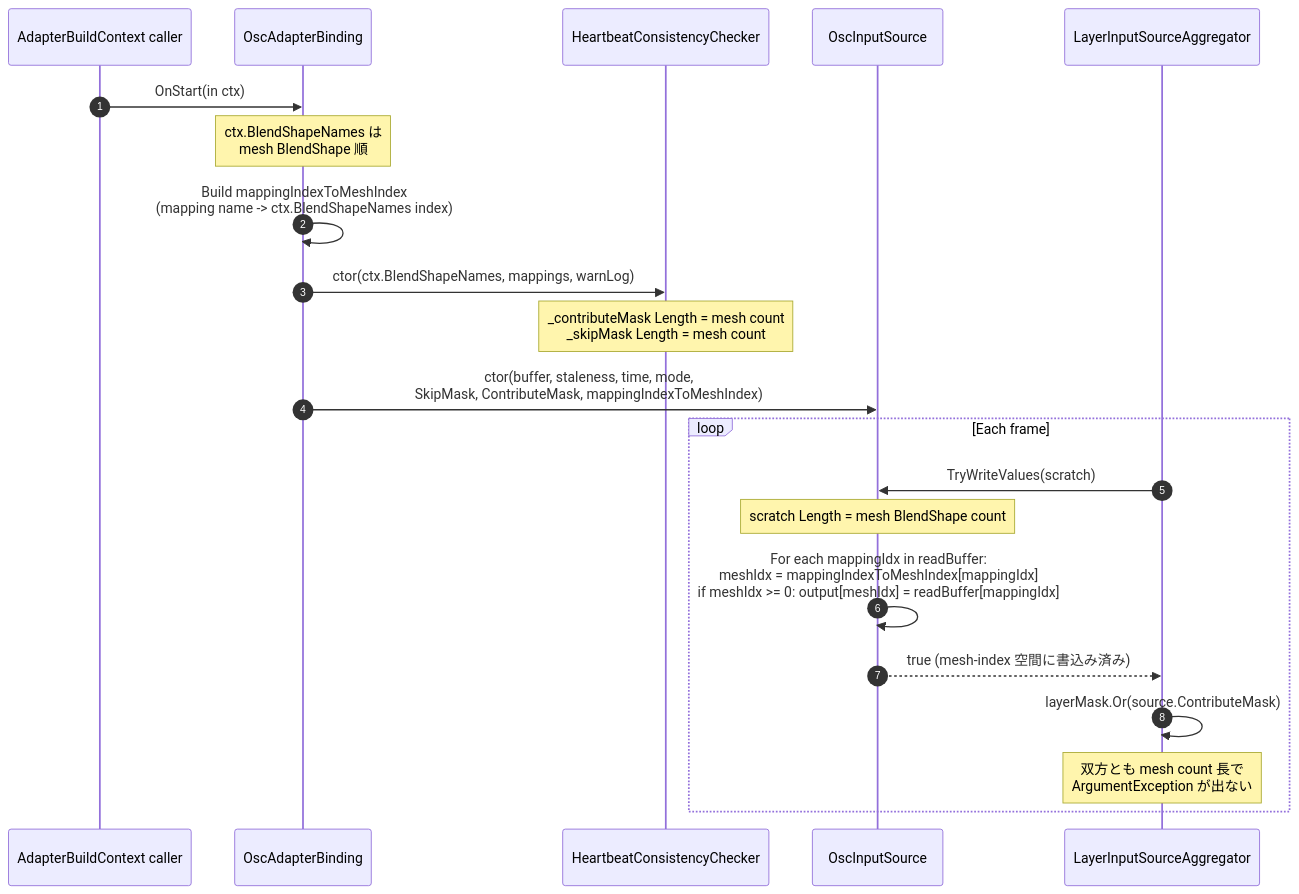
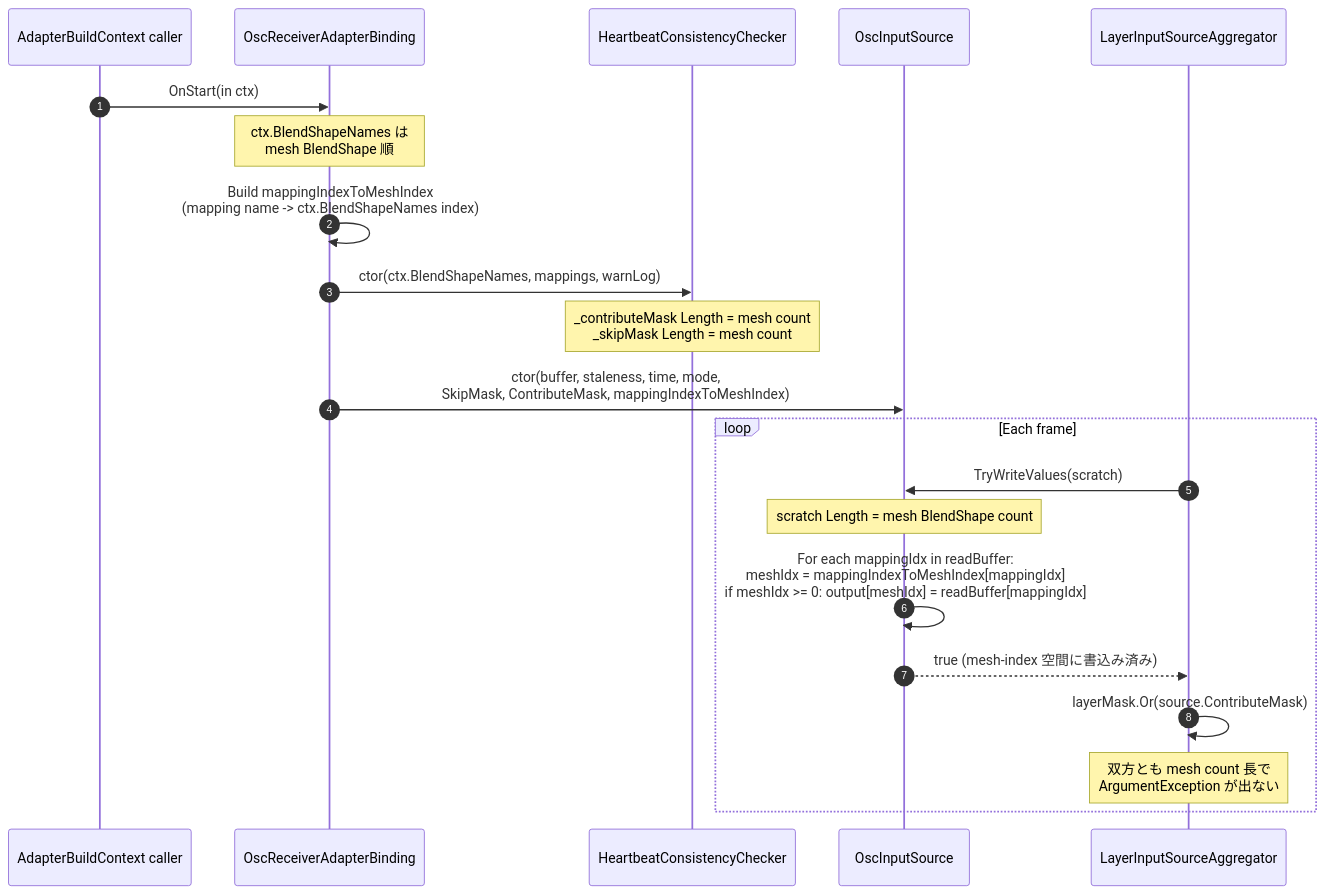
One commit to UNVGI/UnvgiFacialControl changed the second of 3 diagrams in .kiro/specs/preview1-polish-pack/design.md. Above: the diagram before and after it, drawn with Mermaid. The commit also changed other lines of this file and 71 other files, not shown here.

````diff
--- a/.kiro/specs/preview1-polish-pack/design.md
+++ b/.kiro/specs/preview1-polish-pack/design.md
@@ -224,25 +224,25 @@
 ```mermaid
 sequenceDiagram
     autonumber
     participant Builder as AdapterBuildContext caller
-    participant Binding as OscAdapterBinding
+    participant Binding as OscReceiverAdapterBinding
     participant Checker as HeartbeatConsistencyChecker
     participant Source as OscInputSource
     participant Aggregator as LayerInputSourceAggregator
 
     Builder->>Binding: OnStart(in ctx)
     Note over Binding: ctx.BlendShapeNames は<br/>mesh BlendShape 順
     Binding->>Binding: Build mappingIndexToMeshIndex<br/>(mapping name -> ctx.BlendShapeNames index)
     Binding->>Checker: ctor(ctx.BlendShapeNames, mappings, warnLog)
     Note over Checker: _contributeMask Length = mesh count<br/>_skipMask Length = mesh count
     Binding->>Source: ctor(buffer, staleness, time, mode,<br/>SkipMask, ContributeMask, mappingIndexToMeshIndex)
 
     loop Each frame
         Aggregator->>Source: TryWriteValues(scratch)
         Note over Source: scratch Length = mesh BlendShape count
         Source->>Source: For each mappingIdx in readBuffer:<br/>meshIdx = mappingIndexToMeshIndex[mappingIdx]<br/>if meshIdx >= 0: output[meshIdx] = readBuffer[mappingIdx]
         Source-->>Aggregator: true (mesh-index 空間に書込み済み)
         Aggregator->>Aggregator: layerMask.Or(source.ContributeMask)
         Note over Aggregator: 双方とも mesh count 長で<br/>ArgumentException が出ない
     end
 ```
````
